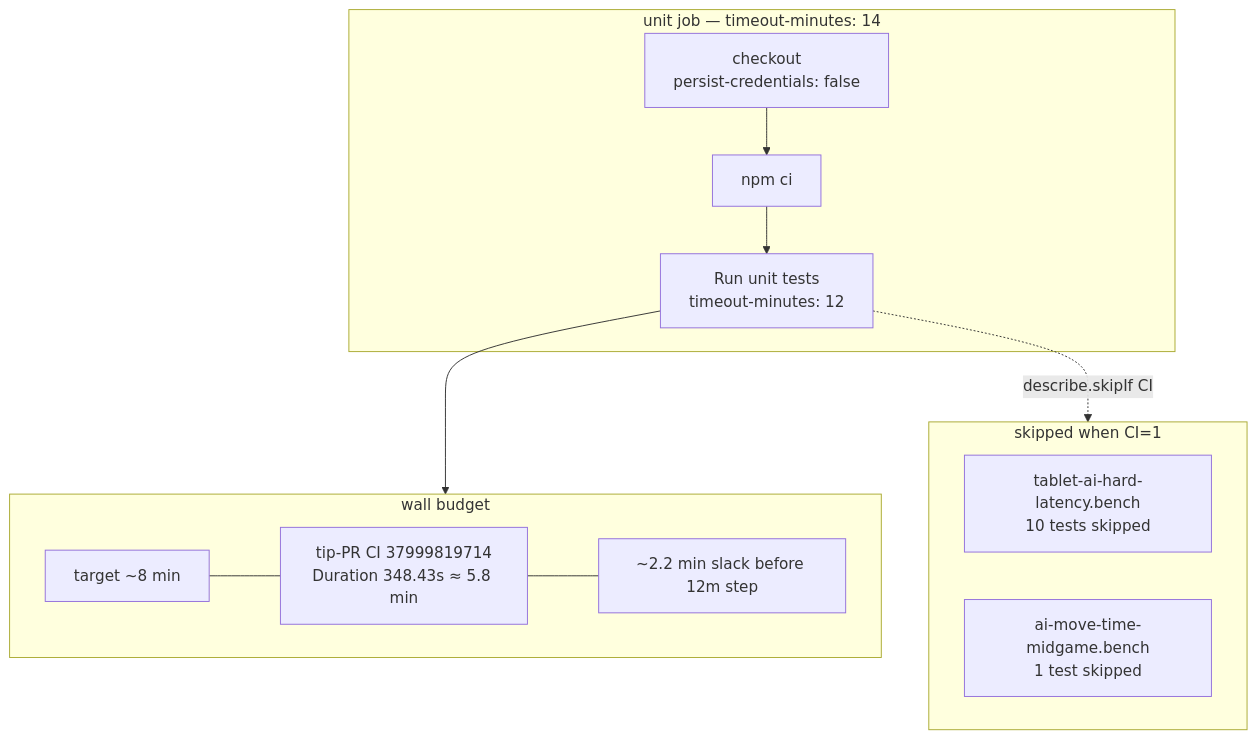
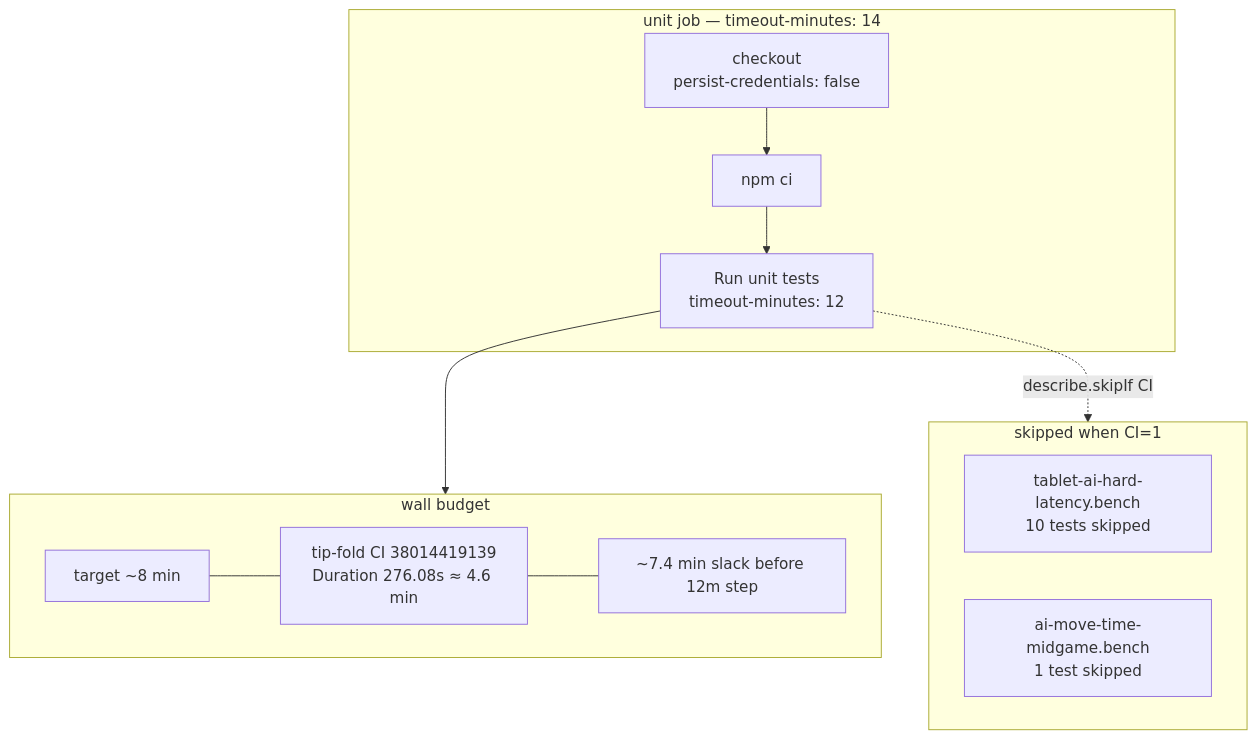
Before and after one commit to fuzzywigg/math-pentathlon: the diagram in docs/wiki/ci-unit-budget.md, drawn with Mermaid. The commit also changed other lines of this file and 77 other files, not shown here.

First line of the commit message:
q-mp-026j: tip fold post785 (#830)

````diff
--- a/docs/wiki/ci-unit-budget.md
+++ b/docs/wiki/ci-unit-budget.md
@@ -32,24 +32,24 @@
 ```mermaid
 flowchart TB
   subgraph job ["unit job — timeout-minutes: 14"]
     co["checkout<br/>persist-credentials: false"]
     ci["npm ci"]
     step["Run unit tests<br/>timeout-minutes: 12"]
     co --> ci --> step
   end
 
   subgraph budget ["wall budget"]
     target["target ~8 min"]
-    observed["tip-PR CI 37999819714<br/>Duration 348.43s ≈ 5.8 min"]
-    slack["~2.2 min slack before 12m step"]
+    observed["tip-fold CI 38014419139<br/>Duration 276.08s ≈ 4.6 min"]
+    slack["~7.4 min slack before 12m step"]
     target --- observed --- slack
   end
 
   subgraph skip ["skipped when CI=1"]
     t["tablet-ai-hard-latency.bench<br/>10 tests skipped"]
     m["ai-move-time-midgame.bench<br/>1 test skipped"]
   end
 
   step --> budget
   step -.->|describe.skipIf CI| skip
 ```
````
